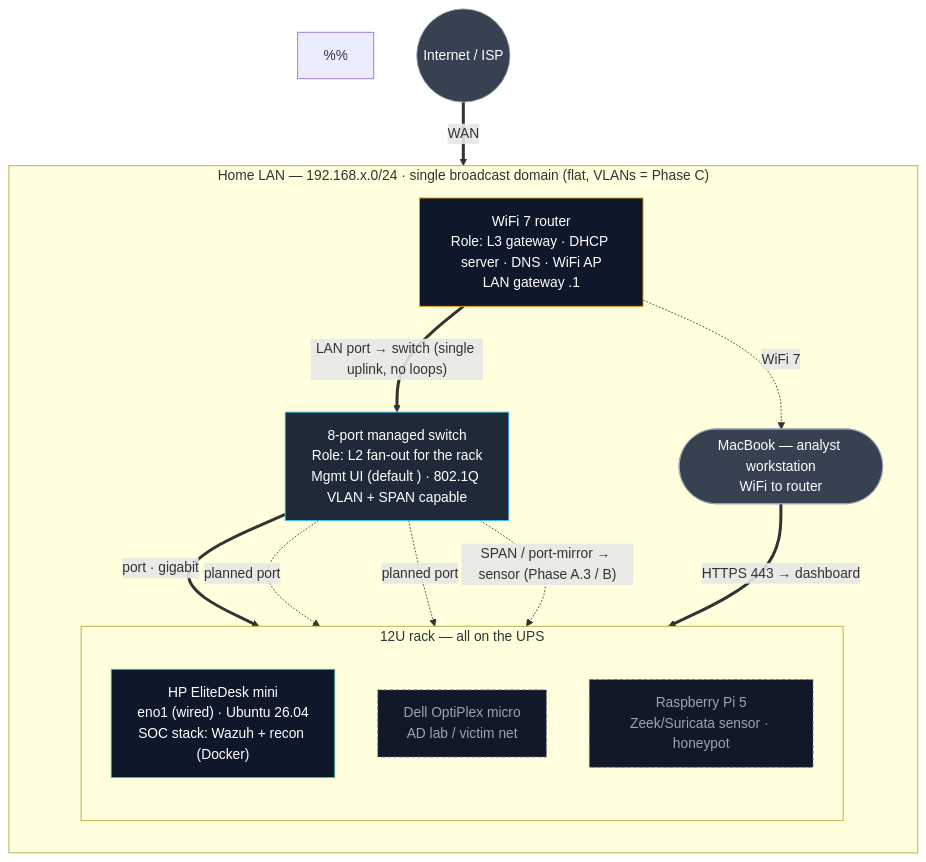
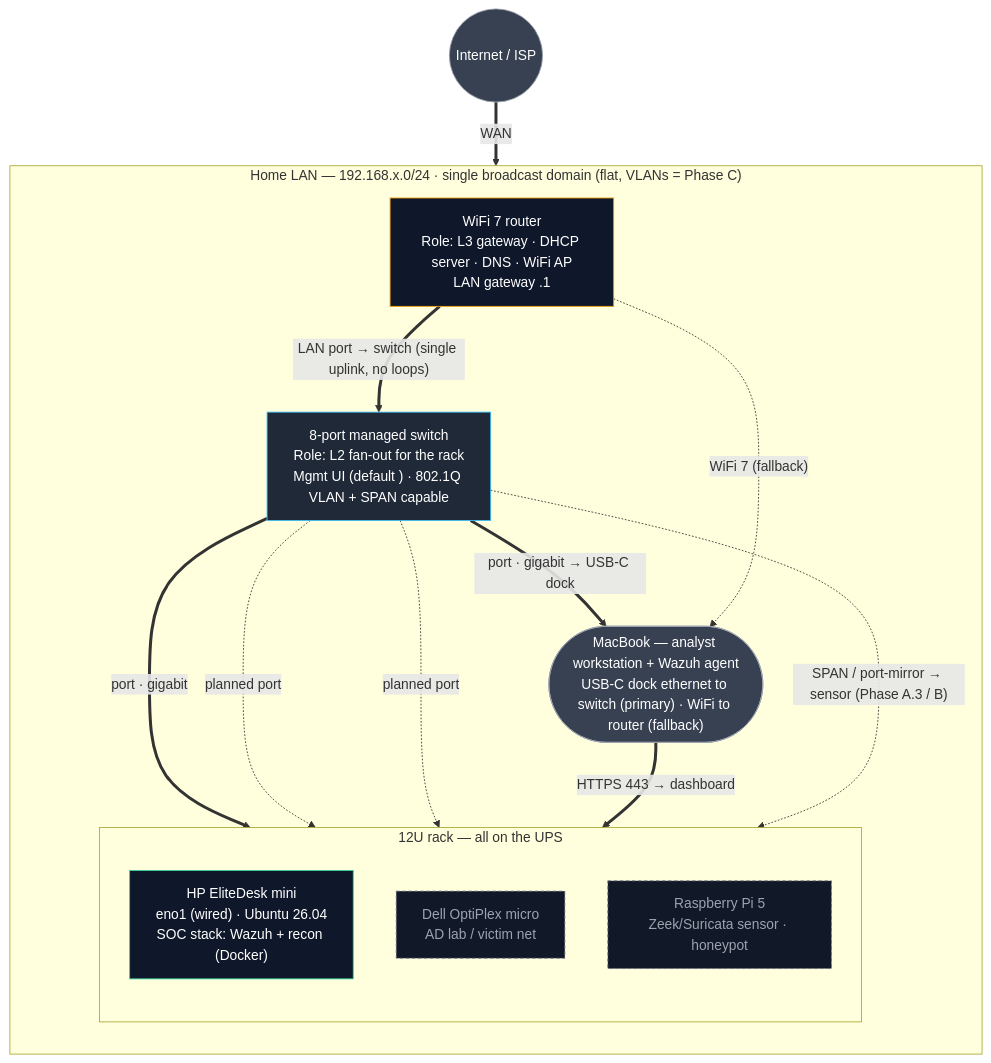
Before and after one commit to ktalons/talonsoclab: the diagram in phase-a-foundation/network-topology.mmd, drawn with Mermaid.

Commit message:
docs: MacBook wired into the switch via dock ethernet
The analyst workstation was WiFi-only to the router. A USB-C dock ethernet
run now lands it on a switch port, and macOS service order puts that
interface above WiFi, so it holds the default route with WiFi idle as
fallback.

Diagram changes: solid gigabit edge Switch -> Mac, WiFi demoted to a
dashed fallback edge, Mac node labelled as a Wazuh agent. Legend now
says dashed covers wireless as well as planned, which is what it already
meant for the WiFi edge.

No Wazuh work was needed. Agent 003 is registered `any` and the manager
runs use_source_ip: no, so the address change is transparent -- verified
Active with a current keep-alive and the phase-a-macos shared hash
intact.

Also drops a bare `%%` line that mermaid was parsing as a node rather
than a comment, drawing an empty box in the rendered output.

```diff
--- a/phase-a-foundation/network-topology.mmd
+++ b/phase-a-foundation/network-topology.mmd
@@ -1,48 +1,48 @@
 flowchart TB
 %% TalonSocLab — Physical / L2 network topology (home-lab edition)
 %% Companion to architecture.mmd (which is the *container* topology).
 %% This diagram is the WIRING: what plugs into what, and at which layer.
-%%
-%% Legend: solid = wired now · dashed = planned (Dell AD lab, Pi sensor, SPAN, VLANs)
+%% Legend: solid = wired now · dashed = planned (Dell AD lab, Pi sensor, SPAN, VLANs) or wireless
 %% Gateway/DHCP/DNS all live on the router (L3). The switch is L2 fan-out.
 
     Internet((Internet / ISP))
 
     subgraph LAN["Home LAN — 192.168.x.0/24 · single broadcast domain (flat, VLANs = Phase C)"]
         direction TB
 
         Router["WiFi 7 router<br/>Role: L3 gateway · DHCP server · DNS · WiFi AP<br/>LAN gateway .1"]
 
         Switch["8-port managed switch<br/>Role: L2 fan-out for the rack<br/>Mgmt UI (default <OLD-GATEWAY-IP>) · 802.1Q VLAN + SPAN capable"]
 
         subgraph Rack["12U rack — all on the UPS"]
             direction TB
             Elite["HP EliteDesk mini<br/>eno1 (wired) · Ubuntu 26.04<br/>SOC stack: Wazuh + recon (Docker)"]
             Dell["Dell OptiPlex micro<br/>AD lab / victim net"]
             Pi["Raspberry Pi 5<br/>Zeek/Suricata sensor · honeypot"]
         end
 
-        Mac(["MacBook — analyst workstation<br/>WiFi to router"])
+        Mac(["MacBook — analyst workstation + Wazuh agent<br/>USB-C dock ethernet to switch (primary) · WiFi to router (fallback)"])
     end
 
     Internet ==>|WAN| Router
     Router ==>|"LAN port → switch (single uplink, no loops)"| Switch
     Switch ==>|"port · gigabit"| Elite
+    Switch ==>|"port · gigabit → USB-C dock"| Mac
     Switch -. "planned port" .-> Dell
     Switch -. "planned port" .-> Pi
-    Router -. "WiFi 7" .-> Mac
+    Router -. "WiFi 7 (fallback)" .-> Mac
     Mac ==>|"HTTPS 443 → dashboard"| Elite
 
     Switch -. "SPAN / port-mirror → sensor (Phase A.3 / B)" .-> Pi
 
     classDef net fill:#0f172a,stroke:#f59e0b,color:#fff
     classDef sw  fill:#1f2937,stroke:#38bdf8,color:#fff
     classDef host fill:#0f172a,stroke:#34d399,color:#fff
     classDef planned fill:#111827,stroke:#6b7280,color:#9ca3af,stroke-dasharray:4 3
     classDef ext fill:#374151,stroke:#9ca3af,color:#fff
 
     class Router net
     class Switch sw
     class Elite host
     class Dell,Pi planned
     class Internet,Mac ext
```
